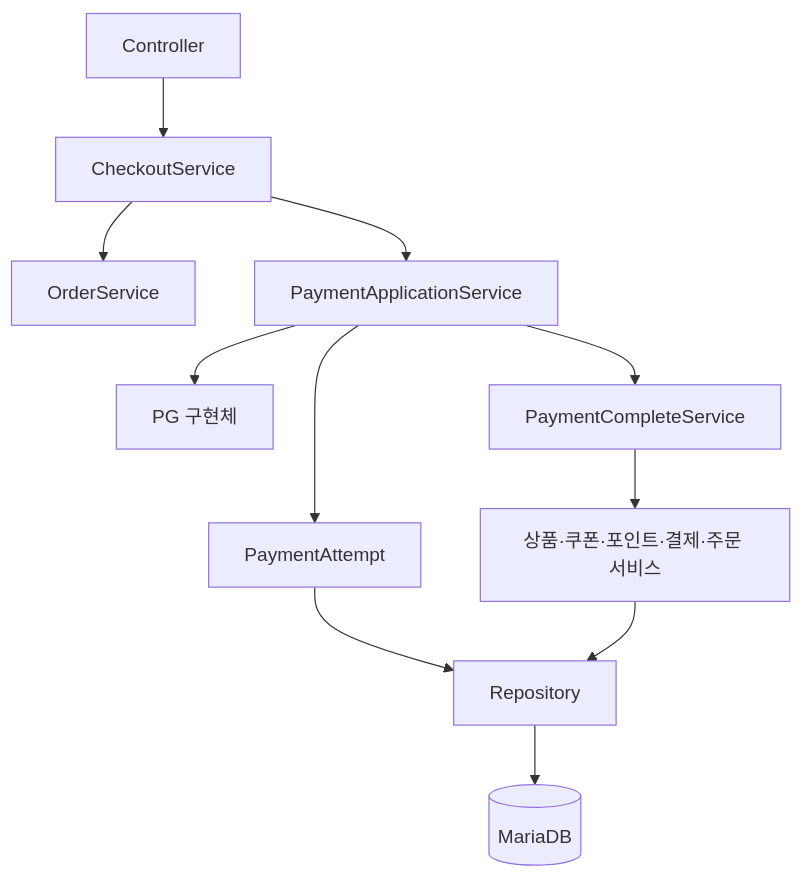
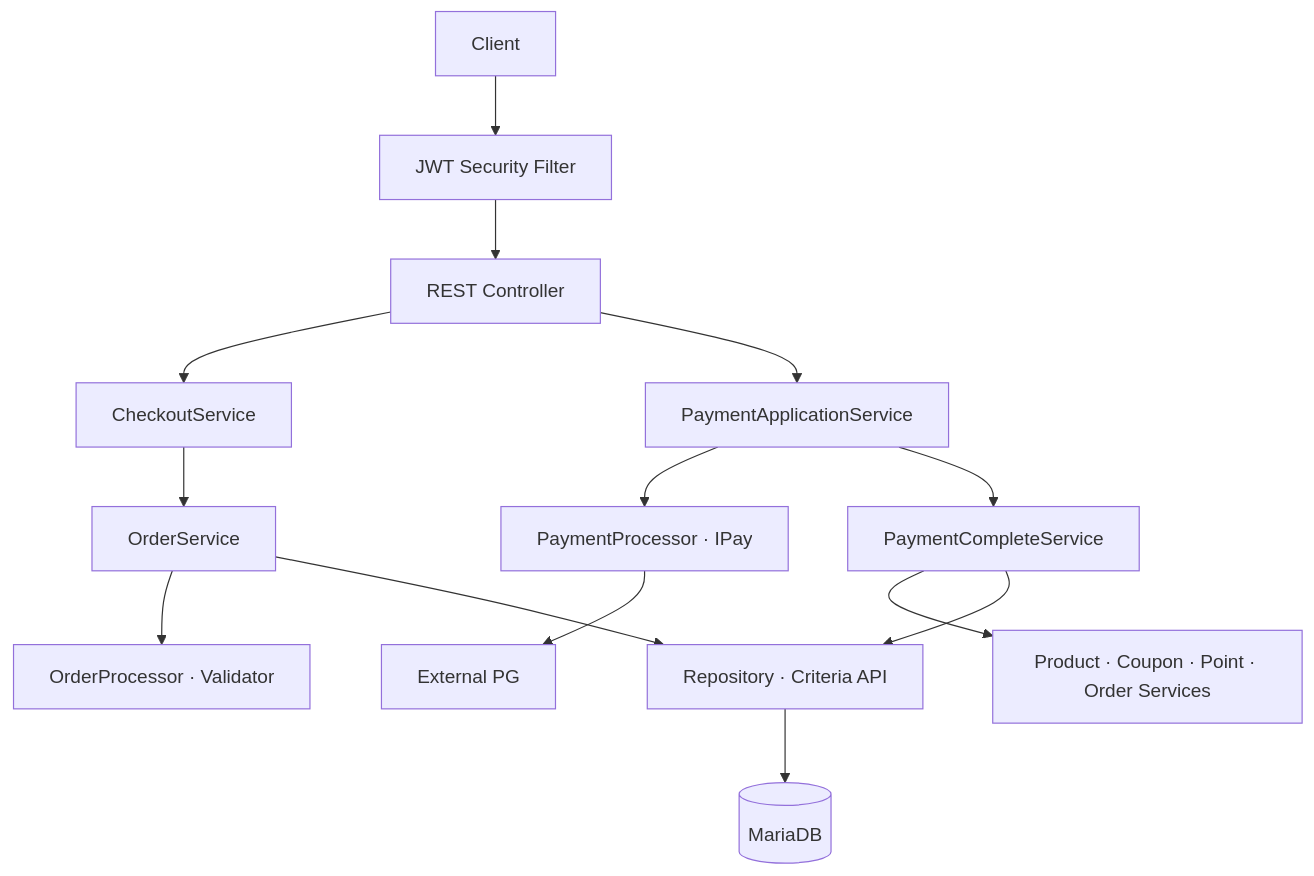
Before and after one commit to leedoohee/fnb-front-backend-api: the first of 3 diagrams in README.md, drawn with Mermaid. The commit also changed other lines of this file, not shown here.

````diff
--- a/README.md
+++ b/README.md
@@ -39,13 +39,16 @@
 ```mermaid
 flowchart TD
-    C["Controller"] --> CO["CheckoutService"]
-    CO --> O["OrderService"]
-    CO --> PA["PaymentApplicationService"]
-    PA --> PG["PG 구현체"]
-    PA --> AT["PaymentAttempt"]
-    PA --> PC["PaymentCompleteService"]
-    PC --> DS["상품·쿠폰·포인트·결제·주문 서비스"]
-    AT --> R["Repository"]
-    DS --> R
-    R --> DB[("MariaDB")]
+    Client[Client] --> Security[JWT Security Filter]
+    Security --> Controller[REST Controller]
+    Controller --> Checkout[CheckoutService]
+    Controller --> PaymentApp[PaymentApplicationService]
+    Checkout --> OrderService[OrderService]
+    OrderService --> OrderProcessor[OrderProcessor · Validator]
+    PaymentApp --> Pay[PaymentProcessor · IPay]
+    Pay --> PG[External PG]
+    PaymentApp --> Complete[PaymentCompleteService]
+    Complete --> DomainServices[Product · Coupon · Point · Order Services]
+    OrderService --> Repository[Repository · Criteria API]
+    Complete --> Repository
+    Repository --> DB[(MariaDB)]
 ```
````
